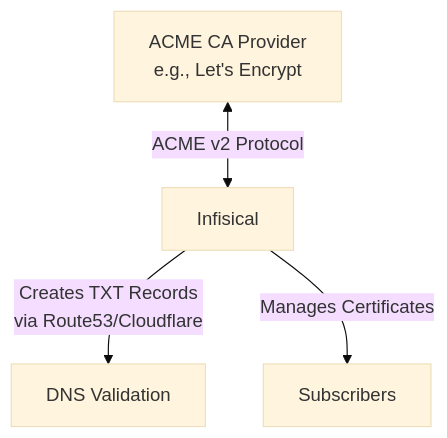
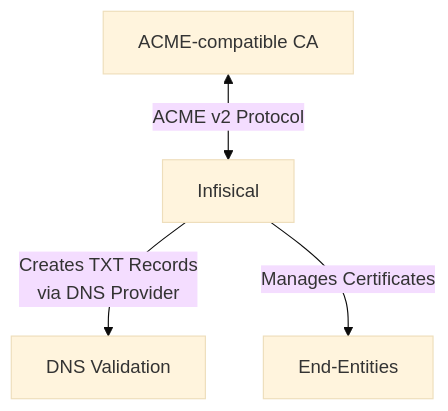
The diagram in docs/documentation/platform/pki/ca/acme-ca.mdx (Infisical/infisical), drawn with Mermaid (base theme) before and after one commit. The commit also changed other lines of this file and 9 other files, not shown here.

Commit message:
Update docs for external ACME-compatible CAs

````diff
--- a/docs/documentation/platform/pki/ca/acme-ca.mdx
+++ b/docs/documentation/platform/pki/ca/acme-ca.mdx
@@ -14,6 +27,6 @@
 ```mermaid
 graph TD
-    A[ACME CA Provider<br>e.g., Let's Encrypt] <-->|ACME v2 Protocol| B[Infisical]
-    B -->|Creates TXT Records<br>via Route53/Cloudflare| C[DNS Validation]
-    B -->|Manages Certificates| D[Subscribers]
+    A[ACME-compatible CA] <-->|ACME v2 Protocol| B[Infisical]
+    B -->|Creates TXT Records<br>via DNS Provider| C[DNS Validation]
+    B -->|Manages Certificates| D[End-Entities]
 ```
````
